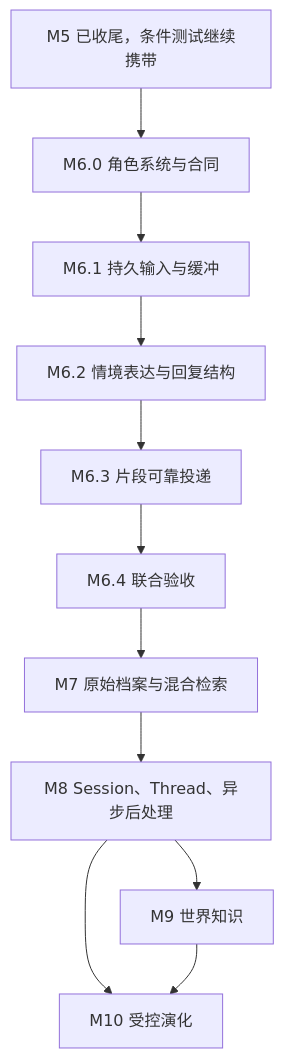
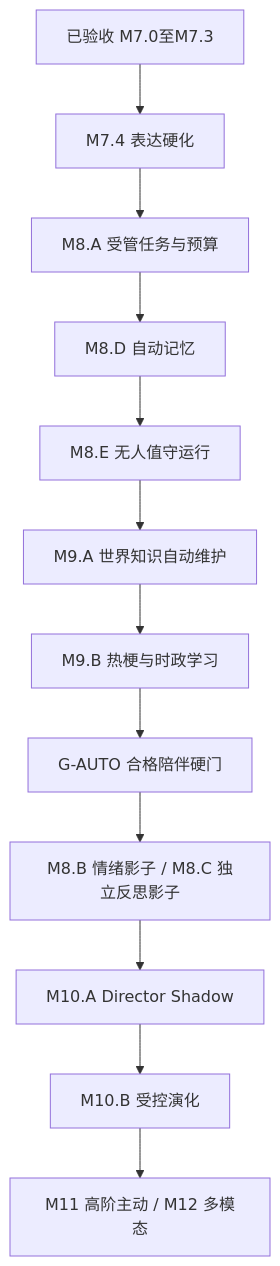
Before and after one commit to FoxofCAUC/Persona-Centric-Agent-Runtime: the diagram in docs/施工总计划/02-总施工路线图.md, drawn with Mermaid. The commit also changed other lines of this file and 27 other files, not shown here.

````diff
--- a/docs/施工总计划/02-总施工路线图.md
+++ b/docs/施工总计划/02-总施工路线图.md
@@ -33,13 +29,14 @@
 ```mermaid
 flowchart TD
-  M5["M5 已收尾，条件测试继续携带"] --> C["M6.0 角色系统与合同"]
-  C --> I["M6.1 持久输入与缓冲"]
-  I --> B["M6.2 情境表达与回复结构"]
-  B --> O["M6.3 片段可靠投递"]
-  O --> Q["M6.4 联合验收"]
-  Q --> R["M7 原始档案与混合检索"]
-  R --> S["M8 Session、Thread、异步后处理"]
-  S --> W["M9 世界知识"]
-  S --> E["M10 受控演化"]
-  W --> E
+  A[已验收 M7.0至M7.3] --> B[M7.4 表达硬化]
+  B --> C[M8.A 受管任务与预算]
+  C --> D[M8.D 自动记忆]
+  D --> E[M8.E 无人值守运行]
+  E --> F[M9.A 世界知识自动维护]
+  F --> G[M9.B 热梗与时政学习]
+  G --> H[G-AUTO 合格陪伴硬门]
+  H --> I[M8.B 情绪影子 / M8.C 独立反思影子]
+  I --> J[M10.A Director Shadow]
+  J --> K[M10.B 受控演化]
+  K --> L[M11 高阶主动 / M12 多模态]
 ```
````
